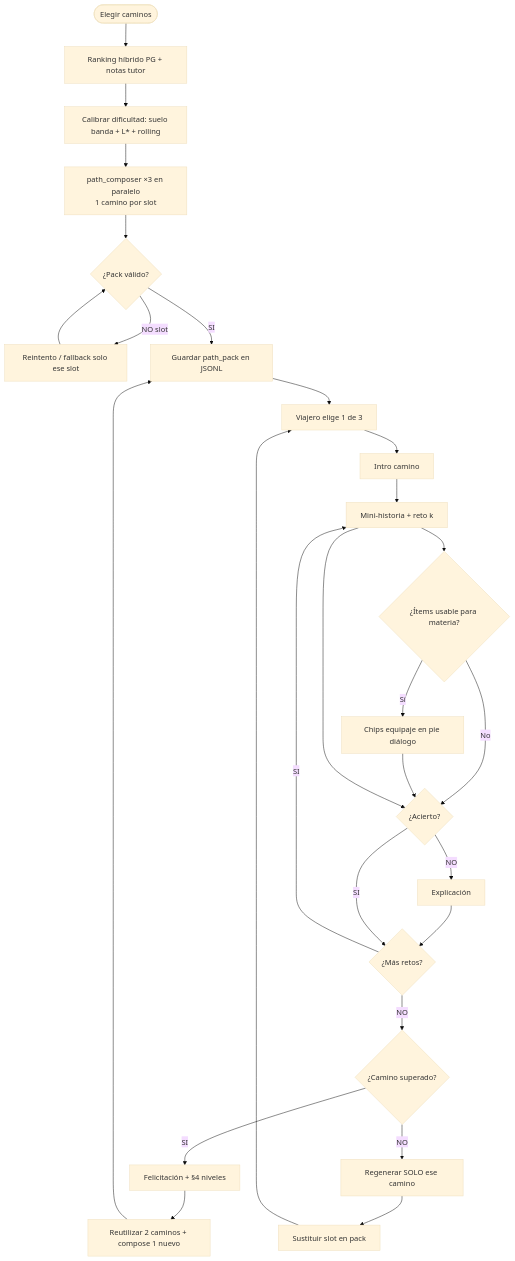
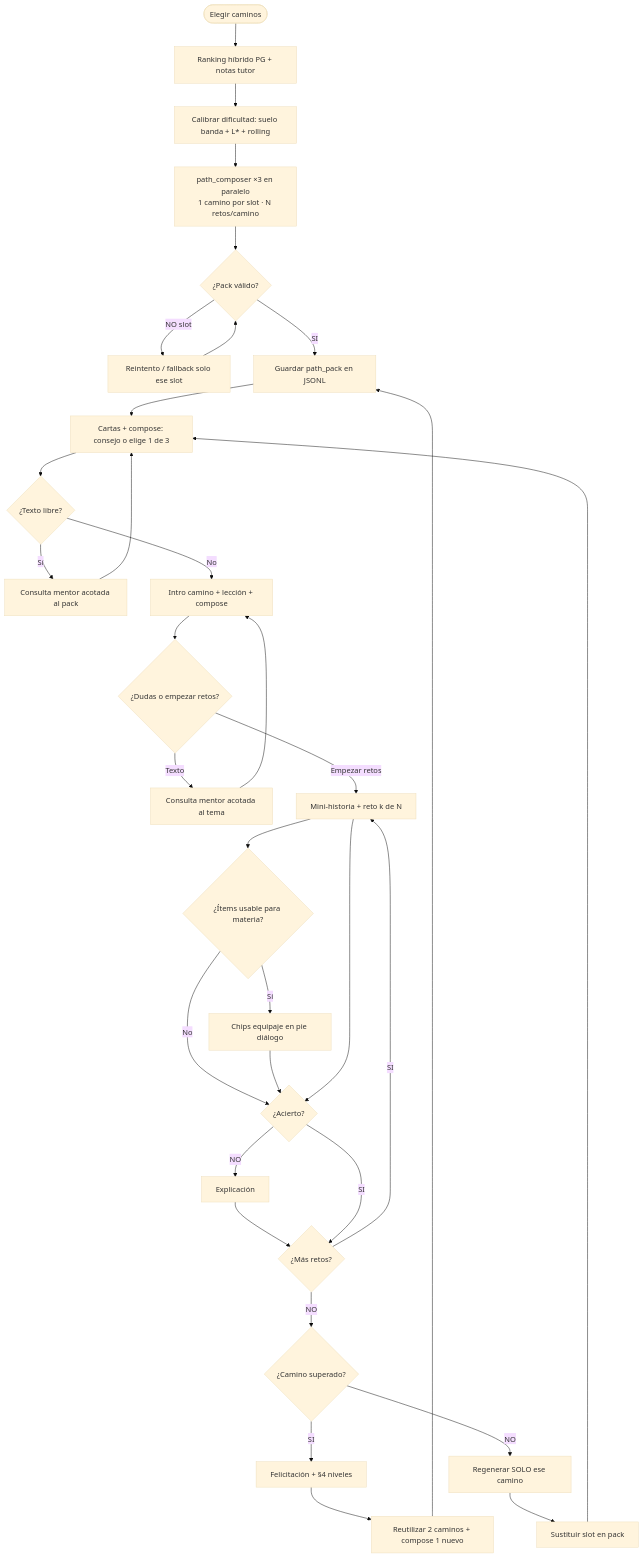
The fourth of 6 diagrams in .cursor/diagrams/16-journey-mechanics-flows.md (KuiperBelt-PRO/kidepik), drawn with Mermaid (base theme) before and after one commit. The commit also changed other lines of this file and 36 other files, not shown here.

First line of the commit message:
add path mentor consult and configurable challenges

````diff
--- a/.cursor/diagrams/16-journey-mechanics-flows.md
+++ b/.cursor/diagrams/16-journey-mechanics-flows.md
@@ -77,29 +77,35 @@
 ```mermaid
 flowchart TD
   A([Elegir caminos]) --> B[Ranking híbrido PG + notas tutor]
   B --> B2[Calibrar dificultad: suelo banda + L* + rolling]
-  B2 --> C[path_composer ×3 en paralelo<br/>1 camino por slot]
+  B2 --> C[path_composer ×3 en paralelo<br/>1 camino por slot · N retos/camino]
   C --> D{¿Pack válido?}
   D -- NO slot --> C2[Reintento / fallback solo ese slot]
   C2 --> D
   D -- SI --> E[Guardar path_pack en JSONL]
-  E --> F[Viajero elige 1 de 3]
-  F --> G[Intro camino]
-  G --> H[Mini-historia + reto k]
+  E --> F[Cartas + compose: consejo o elige 1 de 3]
+  F --> F2{¿Texto libre?}
+  F2 -- Sí --> F3[Consulta mentor acotada al pack]
+  F3 --> F
+  F2 -- No --> G[Intro camino + lección + compose]
+  G --> G2{¿Dudas o empezar retos?}
+  G2 -- Texto --> G3[Consulta mentor acotada al tema]
+  G3 --> G
+  G2 -- Empezar retos --> H[Mini-historia + reto k de N]
   H --> O{¿Ítems usable para materia?}
   O -- Sí --> P[Chips equipaje en pie diálogo]
   O -- No --> I
   P --> I{¿Acierto?}
   H --> I
   I -- NO --> J[Explicación]
   J --> K
   I -- SI --> K{¿Más retos?}
   K -- SI --> H
   K -- NO --> L{¿Camino superado?}
   L -- SI --> M[Felicitación + §4 niveles]
   M --> R[Reutilizar 2 caminos + compose 1 nuevo]
   R --> E
   L -- NO --> N[Regenerar SOLO ese camino]
   N --> E2[Sustituir slot en pack]
   E2 --> F
 ```
````
